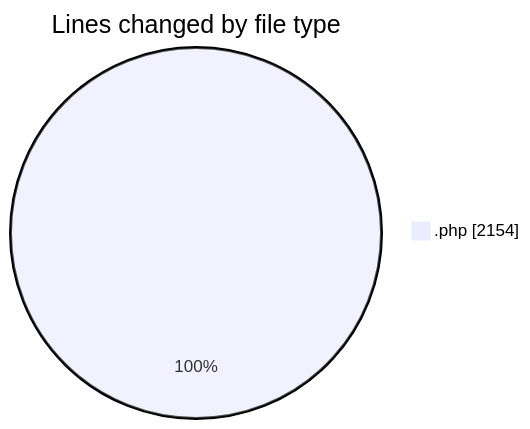
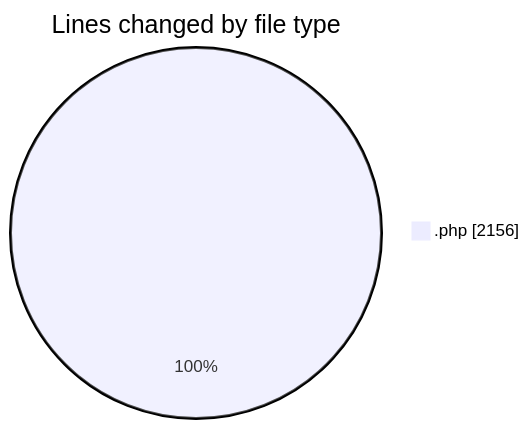
One commit to vahidmafi/code-tracking changed the first of 2 diagrams in 2025-08-26/shop/README.md. Above: the diagram before and after it, drawn with Mermaid. The commit also changed other lines of this file and 1 other file, not shown here.

````diff
--- a/2025-08-26/shop/README.md
+++ b/2025-08-26/shop/README.md
@@ -21,5 +21,5 @@
 ```mermaid
 pie showData
 title Lines changed by file type
-".php" : 2154
+".php" : 2156
 ```
````
